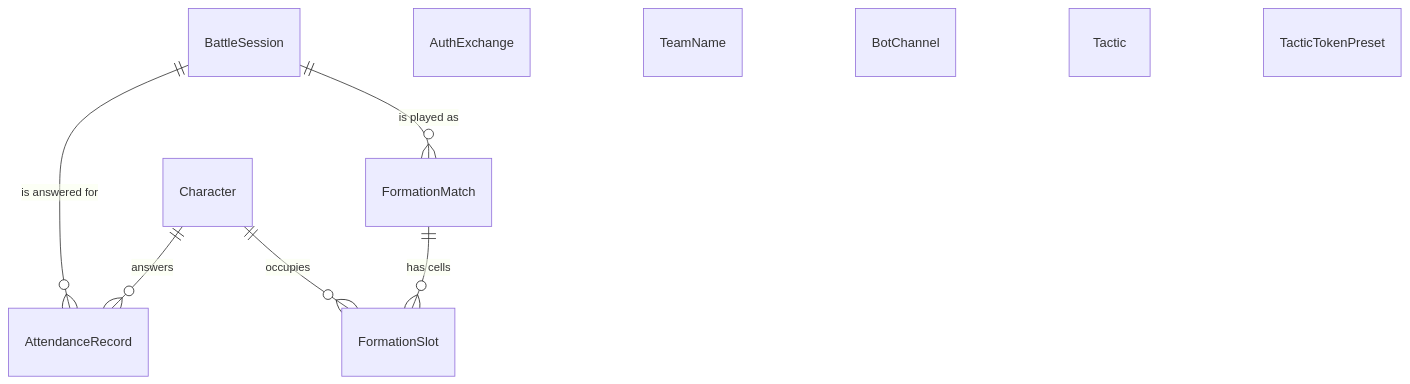
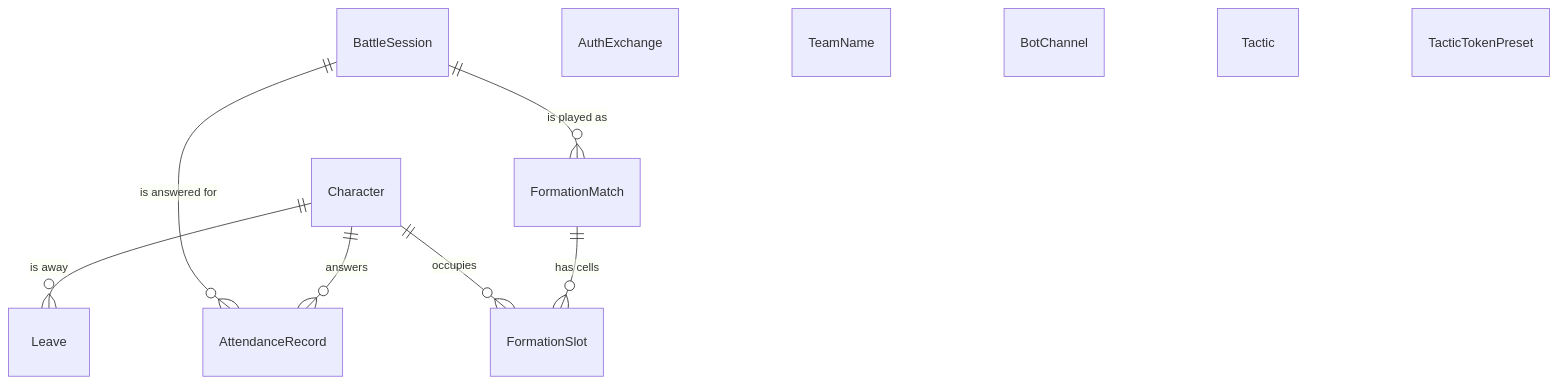
One commit to minhhuy1201/guild-manager changed the sixth of 6 diagrams in docs/architecture.md. Above: the diagram before and after it, drawn with Mermaid. The commit also changed other lines of this file and 89 other files, not shown here.

````diff
--- a/docs/architecture.md
+++ b/docs/architecture.md
@@ -515,14 +519,15 @@
 ```mermaid
 erDiagram
     Character ||--o{ AttendanceRecord : "answers"
+    Character ||--o{ Leave : "is away"
     BattleSession ||--o{ AttendanceRecord : "is answered for"
     BattleSession ||--o{ FormationMatch : "is played as"
     FormationMatch ||--o{ FormationSlot : "has cells"
     Character ||--o{ FormationSlot : "occupies"
 
     AuthExchange { }
     TeamName { }
     BotChannel { }
     Tactic { }
     TacticTokenPreset { }
 ```
````
